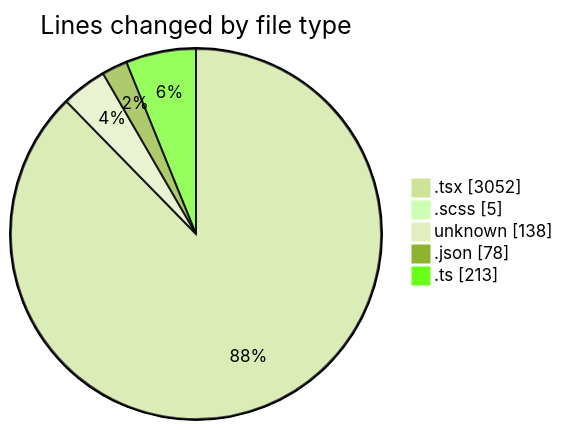
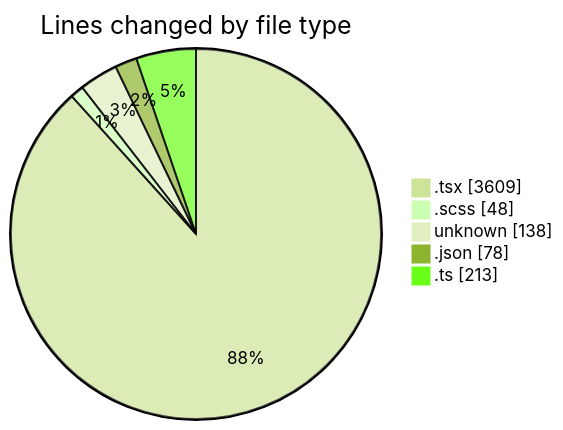
One commit to momahboobian/code-tracking changed the first of 2 diagrams in 2026-10-13/cda/README.md. Above: the diagram before and after it, drawn with Mermaid (forest theme). The commit also changed other lines of this file and 1 other file, not shown here.

````diff
--- a/2026-10-13/cda/README.md
+++ b/2026-10-13/cda/README.md
@@ -40,9 +42,9 @@
 ```mermaid
 pie showData
 title Lines changed by file type
-".tsx" : 3052
-".scss" : 5
+".tsx" : 3609
+".scss" : 48
 "unknown" : 138
 ".json" : 78
 ".ts" : 213
 ```
````
